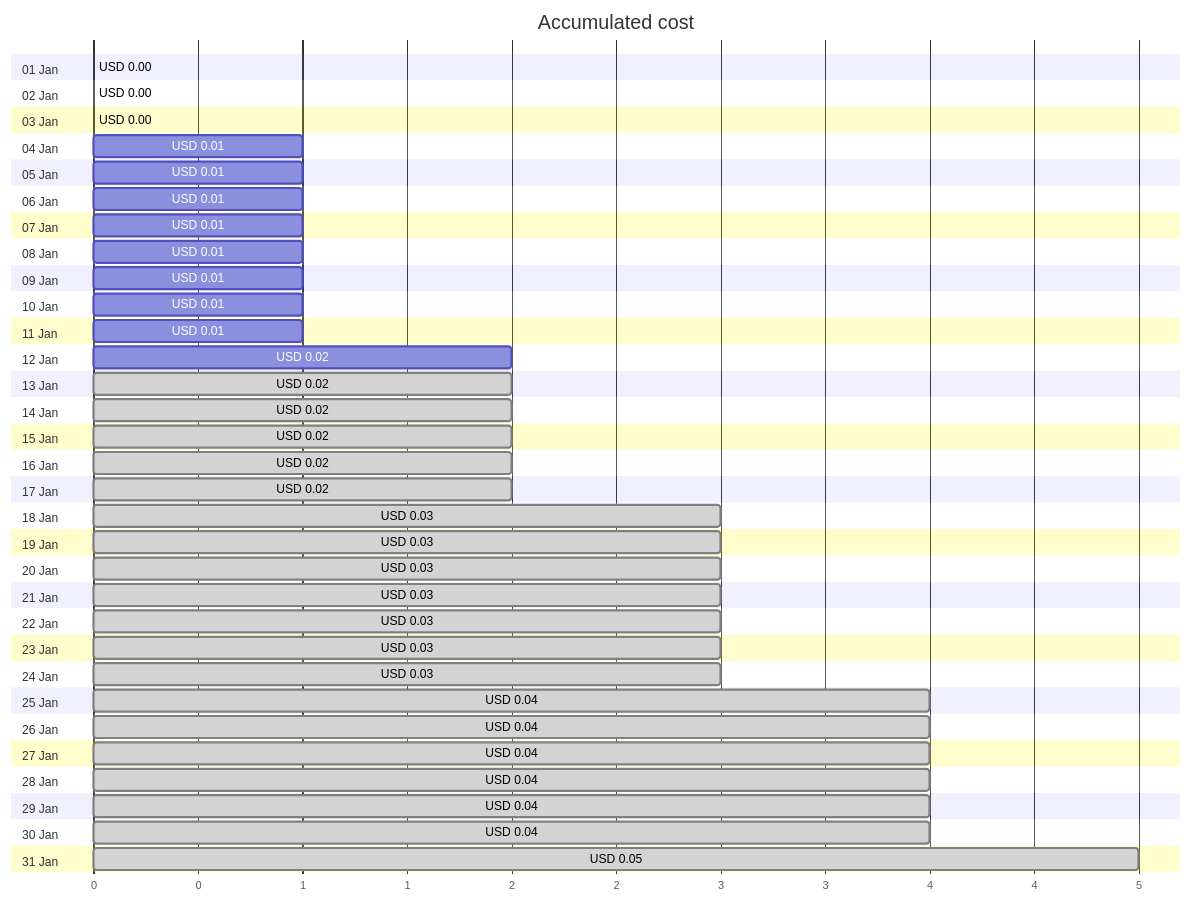
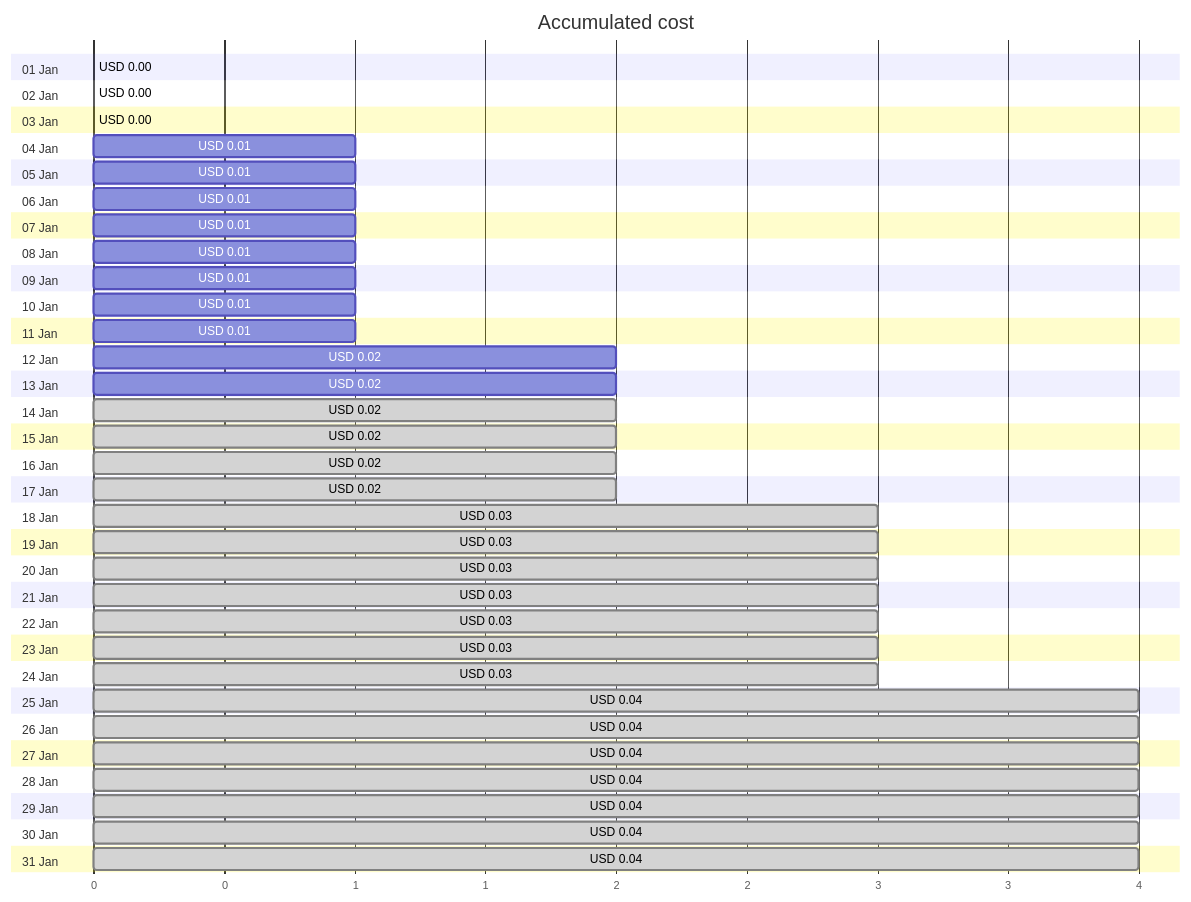
Before and after one commit to jpfulton/azure-personal-reports: the first of 4 diagrams in cost-reports/personal-site/personalsiteapistorage.md, drawn with Mermaid. The commit also changed other lines of this file and 6 other files, not shown here.

````diff
--- a/cost-reports/personal-site/personalsiteapistorage.md
+++ b/cost-reports/personal-site/personalsiteapistorage.md
@@ -20,68 +20,68 @@
 ```mermaid
 gantt
    title Accumulated cost
    dateFormat  X
    axisFormat %s
    section 01 Jan
    USD 0.00 :0, 0
    section 02 Jan
    USD 0.00 :0, 0
    section 03 Jan
    USD 0.00 :0, 0
    section 04 Jan
    USD 0.01 :0, 1
    section 05 Jan
    USD 0.01 :0, 1
    section 06 Jan
    USD 0.01 :0, 1
    section 07 Jan
    USD 0.01 :0, 1
    section 08 Jan
    USD 0.01 :0, 1
    section 09 Jan
    USD 0.01 :0, 1
    section 10 Jan
    USD 0.01 :0, 1
    section 11 Jan
    USD 0.01 :0, 1
    section 12 Jan
    USD 0.02 :0, 2
    section 13 Jan
-   USD 0.02 : done, 0, 2
+   USD 0.02 :0, 2
    section 14 Jan
    USD 0.02 : done, 0, 2
    section 15 Jan
    USD 0.02 : done, 0, 2
    section 16 Jan
    USD 0.02 : done, 0, 2
    section 17 Jan
    USD 0.02 : done, 0, 2
    section 18 Jan
    USD 0.03 : done, 0, 3
    section 19 Jan
    USD 0.03 : done, 0, 3
    section 20 Jan
    USD 0.03 : done, 0, 3
    section 21 Jan
    USD 0.03 : done, 0, 3
    section 22 Jan
    USD 0.03 : done, 0, 3
    section 23 Jan
    USD 0.03 : done, 0, 3
    section 24 Jan
    USD 0.03 : done, 0, 3
    section 25 Jan
    USD 0.04 : done, 0, 4
    section 26 Jan
    USD 0.04 : done, 0, 4
    section 27 Jan
    USD 0.04 : done, 0, 4
    section 28 Jan
    USD 0.04 : done, 0, 4
    section 29 Jan
    USD 0.04 : done, 0, 4
    section 30 Jan
    USD 0.04 : done, 0, 4
    section 31 Jan
-   USD 0.05 : done, 0, 5
+   USD 0.04 : done, 0, 4
 ```
````
